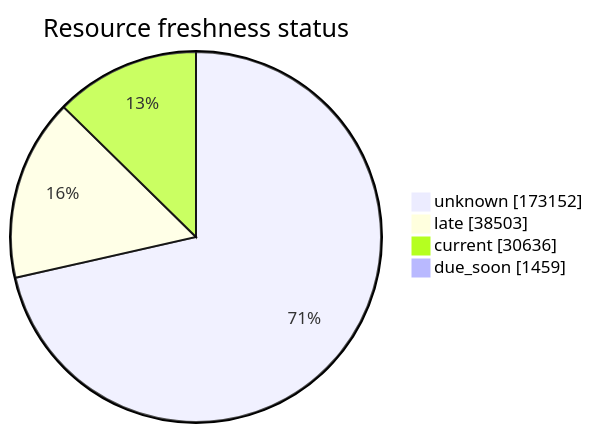
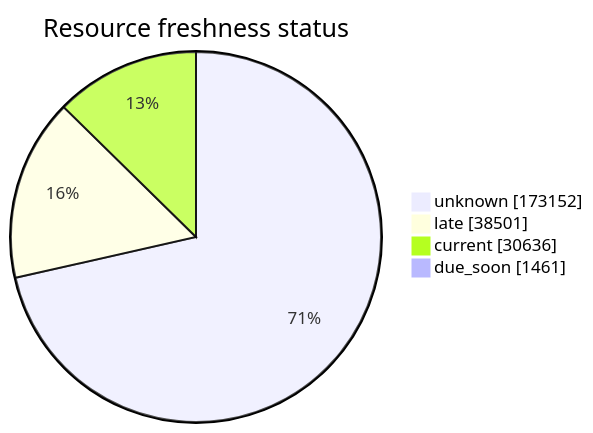
The third of 5 diagrams in FreshCheck/README.md (open-data/analytics-corporate-reporting), drawn with Mermaid before and after one commit. The commit also changed other lines of this file and 3 other files, not shown here.

````diff
--- a/FreshCheck/README.md
+++ b/FreshCheck/README.md
@@ -77,7 +77,7 @@
 ```mermaid
 pie showData title Resource freshness status
     "unknown": 173152
-    "late": 38503
+    "late": 38501
     "current": 30636
-    "due_soon": 1459
+    "due_soon": 1461
 ```
````
